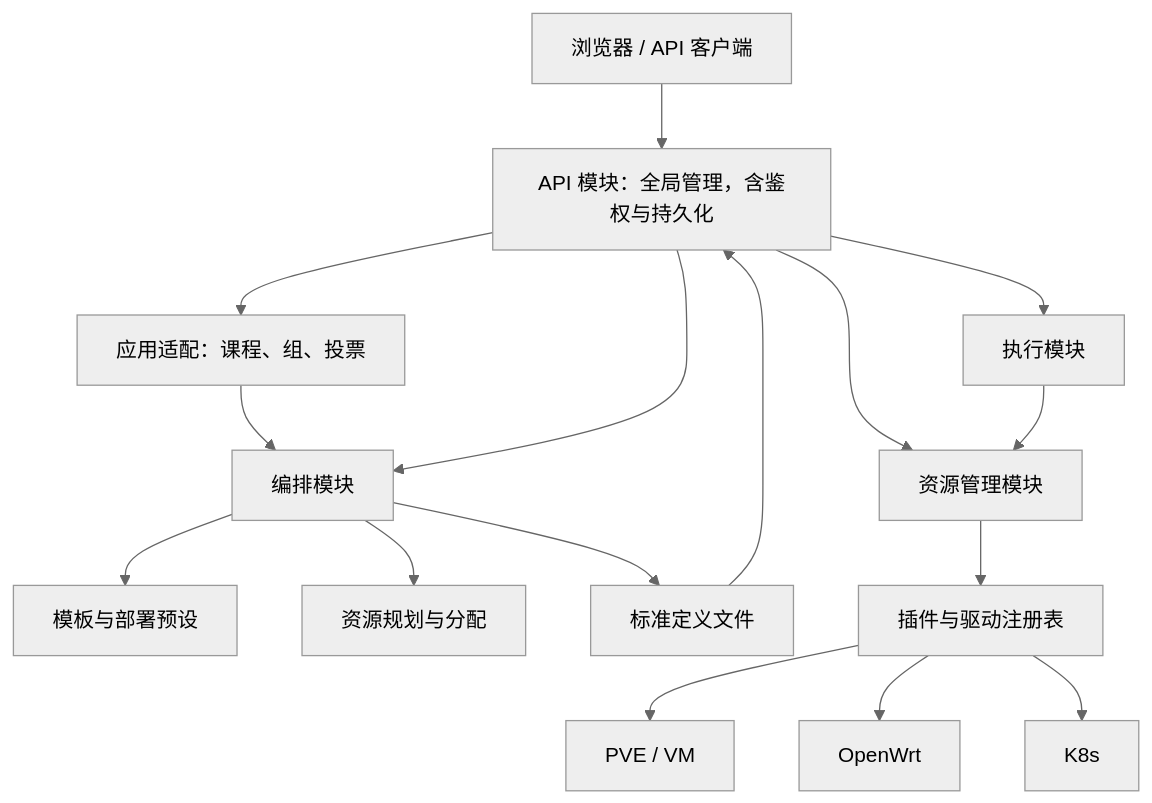
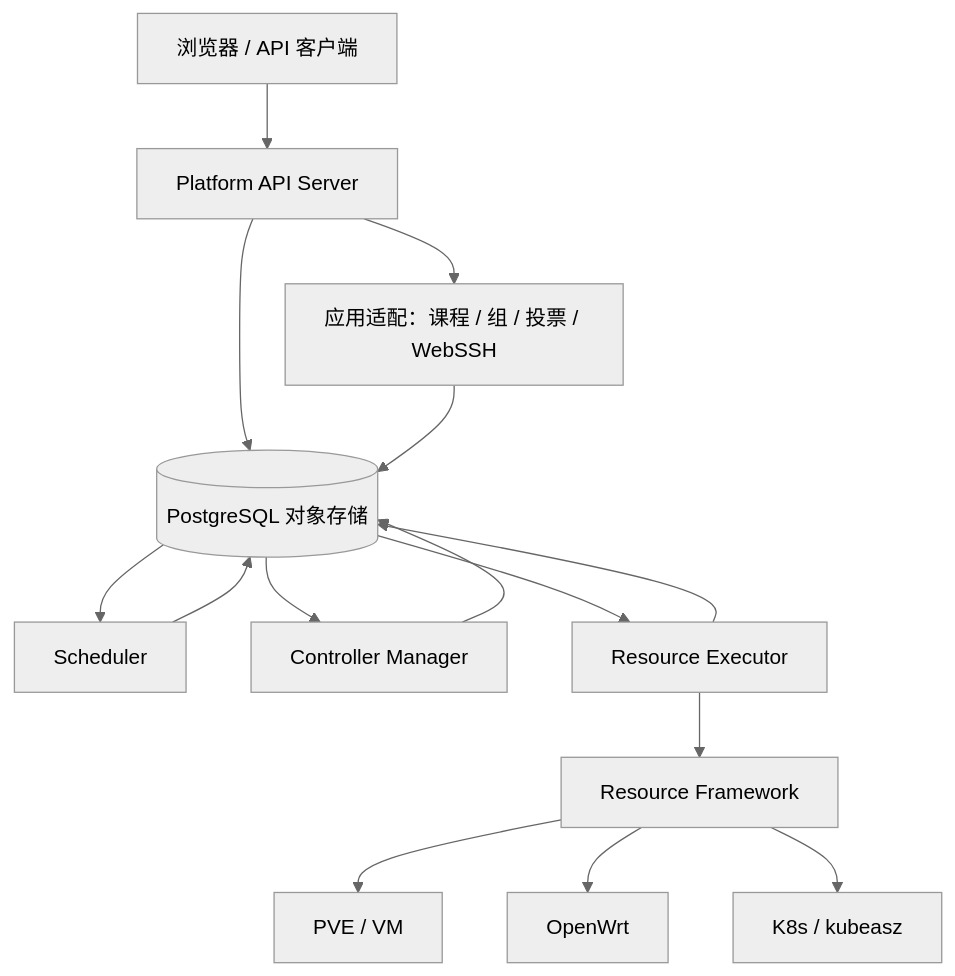
Before and after one commit to bjx8970/k8s-lab-platform: the diagram in docs/platform-design/architecture.md, drawn with Mermaid (neutral theme). The commit also changed other lines of this file and 18 other files, not shown here.

````diff
--- a/docs/platform-design/architecture.md
+++ b/docs/platform-design/architecture.md
@@ -15,18 +15,20 @@
 ```mermaid
 flowchart TD
-    Client[浏览器 / API 客户端] --> API[API 模块：全局管理，含鉴权与持久化]
-    API --> App[应用适配：课程、组、投票]
-    App --> Orch[编排模块]
-    API --> Orch
-    API --> Exec[执行模块]
-    API --> Resources[资源管理模块]
-    Orch --> Catalog[模板与部署预设]
-    Orch --> Planner[资源规划与分配]
-    Orch --> Definition[标准定义文件]
-    Definition --> API
-    Exec --> Resources
-    Resources --> Registry[插件与驱动注册表]
-    Registry --> PVE[PVE / VM]
-    Registry --> OW[OpenWrt]
-    Registry --> K8s[K8s]
+    Client[浏览器 / API 客户端] --> API[Platform API Server]
+    API --> DB[(PostgreSQL 对象存储)]
+    API --> App[应用适配：课程 / 组 / 投票 / WebSSH]
+    App --> DB
+
+    DB --> S[Scheduler]
+    S --> DB
+
+    DB --> C[Controller Manager]
+    C --> DB
+
+    DB --> X[Resource Executor]
+    X --> RF[Resource Framework]
+    RF --> PVE[PVE / VM]
+    RF --> OW[OpenWrt]
+    RF --> K8s[K8s / kubeasz]
+    X --> DB
 ```
````
